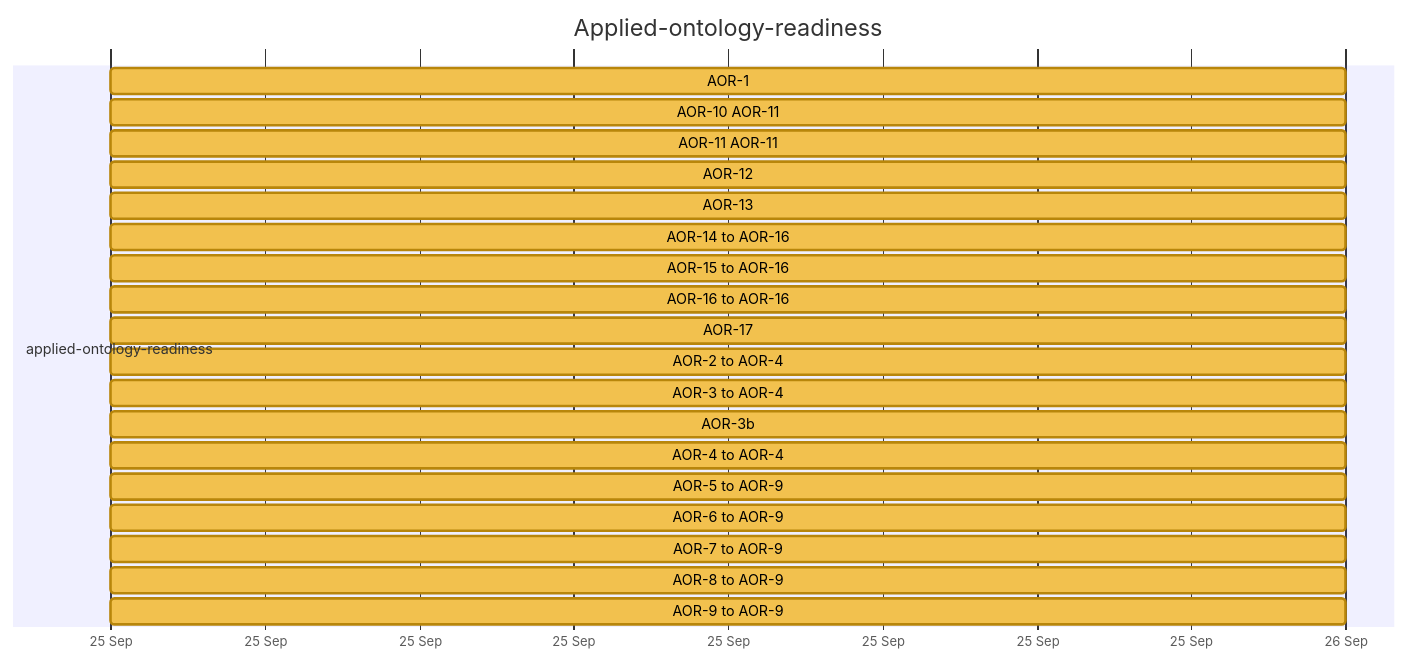
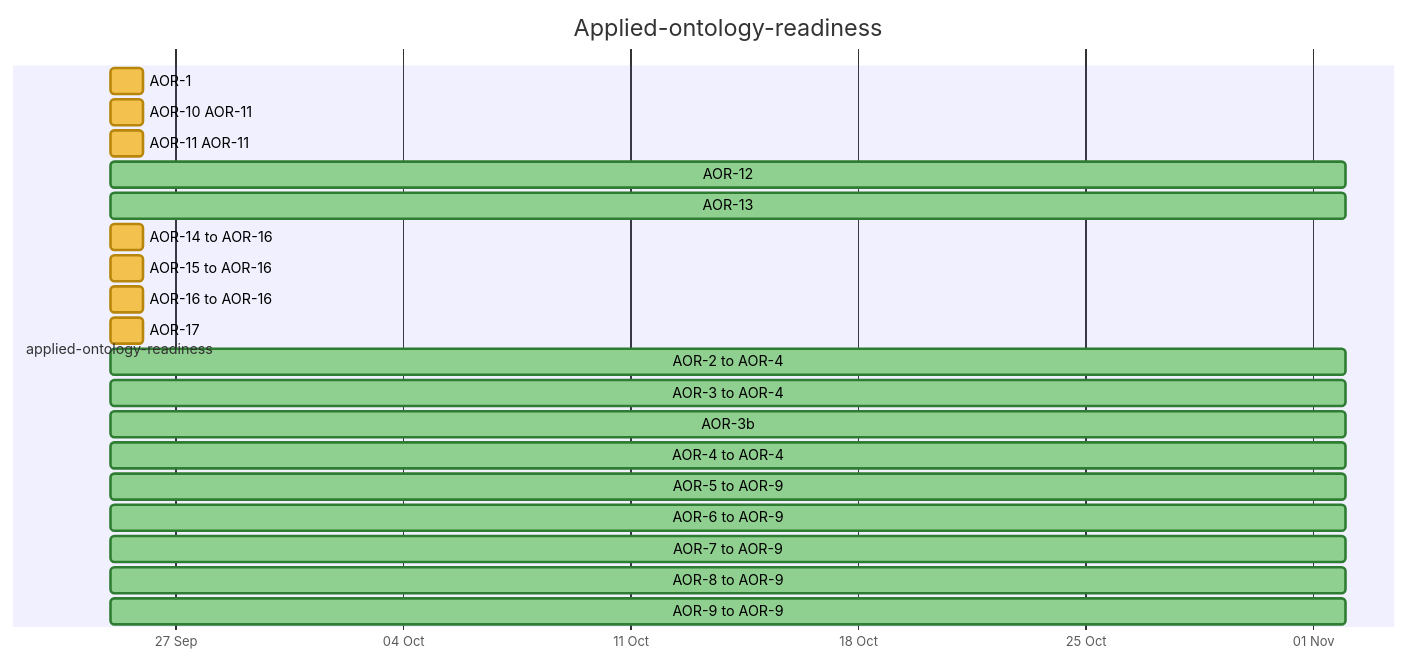
The fifth of 32 diagrams in docs/developer/ROADMAP.md (nebularis/lattice), drawn with Mermaid before and after one commit. The commit also changed other lines of this file, not shown here.

First line of the commit message:
[studio-visual-authoring] Refresh the roadmap's generated sections after SVA-P1a

````diff
--- a/docs/developer/ROADMAP.md
+++ b/docs/developer/ROADMAP.md
@@ -206,26 +207,26 @@
 ```mermaid
 %%{init: {"themeVariables": {"taskBkgColor": "#f2c14e", "taskBorderColor": "#b8860b", "taskTextColor": "#000000", "activeTaskBkgColor": "#4e9af1", "activeTaskBorderColor": "#1f5fbf", "activeTaskBorderColor": "#1f5fbf", "doneTaskBkgColor": "#8fcf8f", "doneTaskBorderColor": "#2f7d32", "critBkgColor": "#f28b82", "critBorderColor": "#b23a30", "taskTextDarkColor": "#000000", "taskTextLightColor": "#000000"}}}%%
 gantt
     title Applied-ontology-readiness
     dateFormat YYYY-MM-DD
     axisFormat %d %b
     section applied-ontology-readiness
     AOR-1 :aor1, 2026-09-25, 2026-09-26
     AOR-10 AOR-11 :aor10, 2026-09-25, 2026-09-26
     AOR-11 AOR-11 :aor11, 2026-09-25, 2026-09-26
-    AOR-12 :aor12, 2026-09-25, 2026-09-26
-    AOR-13 :aor13, 2026-09-25, 2026-09-26
+    AOR-12 :done, aor12, 2026-09-25, 2026-11-02
+    AOR-13 :done, aor13, 2026-09-25, 2026-11-02
     AOR-14 to AOR-16 :aor14, 2026-09-25, 2026-09-26
     AOR-15 to AOR-16 :aor15, 2026-09-25, 2026-09-26
     AOR-16 to AOR-16 :aor16, 2026-09-25, 2026-09-26
     AOR-17 :aor17, 2026-09-25, 2026-09-26
-    AOR-2 to AOR-4 :aor2, 2026-09-25, 2026-09-26
-    AOR-3 to AOR-4 :aor3, 2026-09-25, 2026-09-26
-    AOR-3b :aor3b, 2026-09-25, 2026-09-26
-    AOR-4 to AOR-4 :aor4, 2026-09-25, 2026-09-26
-    AOR-5 to AOR-9 :aor5, 2026-09-25, 2026-09-26
-    AOR-6 to AOR-9 :aor6, 2026-09-25, 2026-09-26
-    AOR-7 to AOR-9 :aor7, 2026-09-25, 2026-09-26
-    AOR-8 to AOR-9 :aor8, 2026-09-25, 2026-09-26
-    AOR-9 to AOR-9 :aor9, 2026-09-25, 2026-09-26
+    AOR-2 to AOR-4 :done, aor2, 2026-09-25, 2026-11-02
+    AOR-3 to AOR-4 :done, aor3, 2026-09-25, 2026-11-02
+    AOR-3b :done, aor3b, 2026-09-25, 2026-11-02
+    AOR-4 to AOR-4 :done, aor4, 2026-09-25, 2026-11-02
+    AOR-5 to AOR-9 :done, aor5, 2026-09-25, 2026-11-02
+    AOR-6 to AOR-9 :done, aor6, 2026-09-25, 2026-11-02
+    AOR-7 to AOR-9 :done, aor7, 2026-09-25, 2026-11-02
+    AOR-8 to AOR-9 :done, aor8, 2026-09-25, 2026-11-02
+    AOR-9 to AOR-9 :done, aor9, 2026-09-25, 2026-11-02
 ```
````
